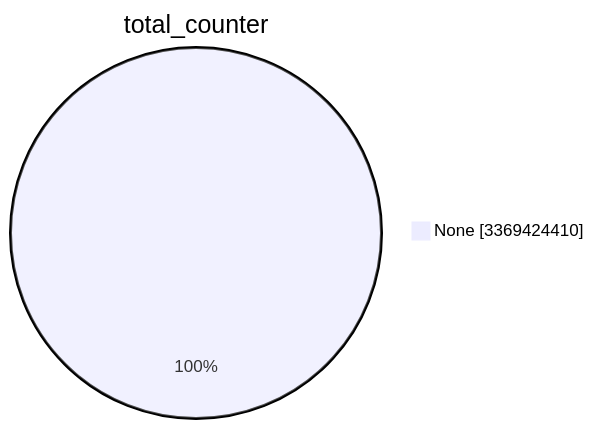
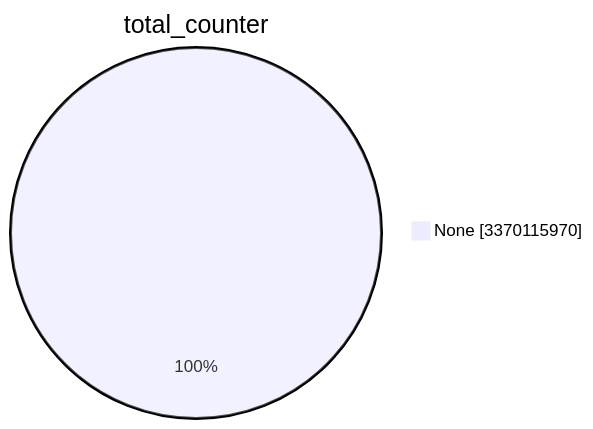
One commit to christiankrug/ctmonitor_visualization changed the first of 15 diagrams in TOTAL/README.md. Above: the diagram before and after it, drawn with Mermaid. The commit also changed other lines of this file, not shown here.

````diff
--- a/TOTAL/README.md
+++ b/TOTAL/README.md
@@ -1,5 +1,5 @@
 ```mermaid
 pie showData
 title total_counter
-"None" :3369424410
+"None" :3370115970
 ```
````
